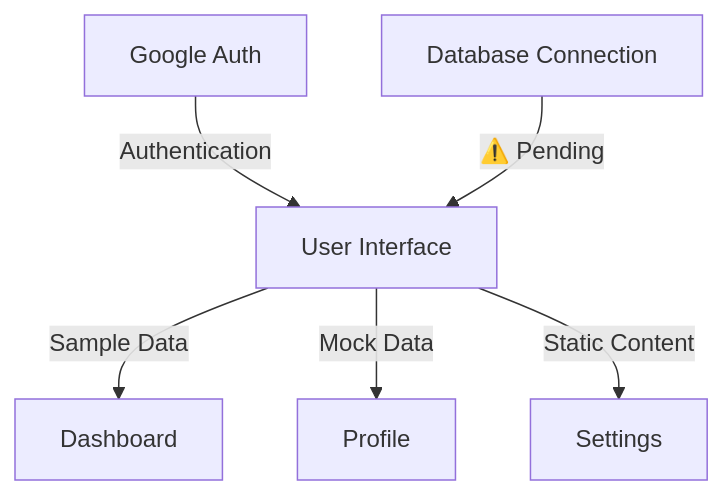
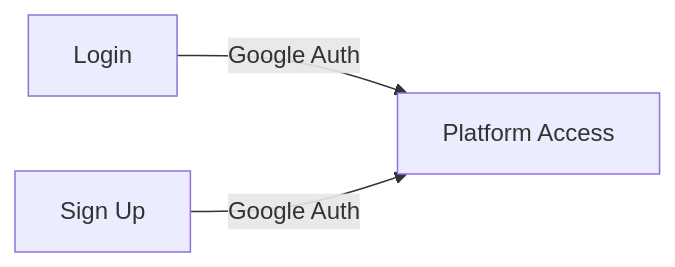
The diagram in README.md (chrisostomemataba/Kemomovies), drawn with Mermaid before and after one commit. The commit also changed other lines of this file, not shown here.

````diff
--- a/README.md
+++ b/README.md
@@ -79,8 +80,5 @@
 ```mermaid
-graph TD
-    A[User Interface] -->|Sample Data| B[Dashboard]
-    A -->|Mock Data| C[Profile]
-    A -->|Static Content| D[Settings]
-    E[Google Auth] -->|Authentication| A
-    F[Database Connection] -->|⚠️ Pending| A
+graph LR
+    A[Login] -->|Google Auth| B[Platform Access]
+    C[Sign Up] -->|Google Auth| B
 ```
````
